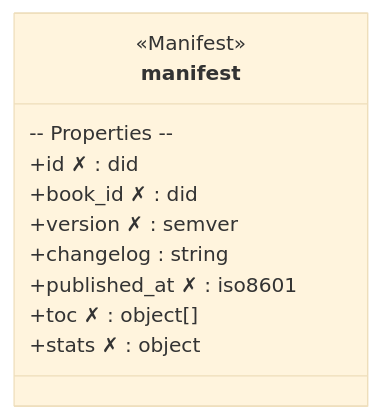
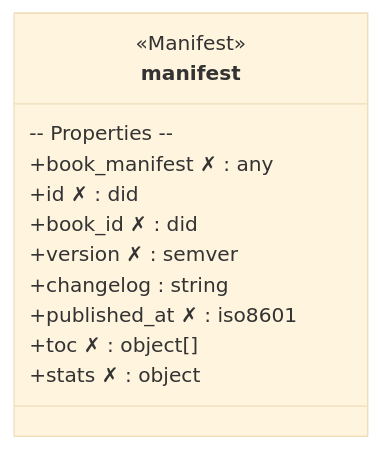
One commit to bookmanifest/schemas changed the diagram in docs/diagrams/manifest.mmd. Above: the diagram before and after it, drawn with Mermaid (base theme). The commit also changed 171 other files, not shown here.

```diff
--- a/docs/diagrams/manifest.mmd
+++ b/docs/diagrams/manifest.mmd
@@ -1,12 +1,13 @@
 classDiagram
     class manifest {
         <<Manifest>>
         -- Properties --
+        +book_manifest ✗ : any
         +id ✗ : did
         +book_id ✗ : did
         +version ✗ : semver
         +changelog : string
         +published_at ✗ : iso8601
         +toc ✗ : object[]
         +stats ✗ : object
     }
```
